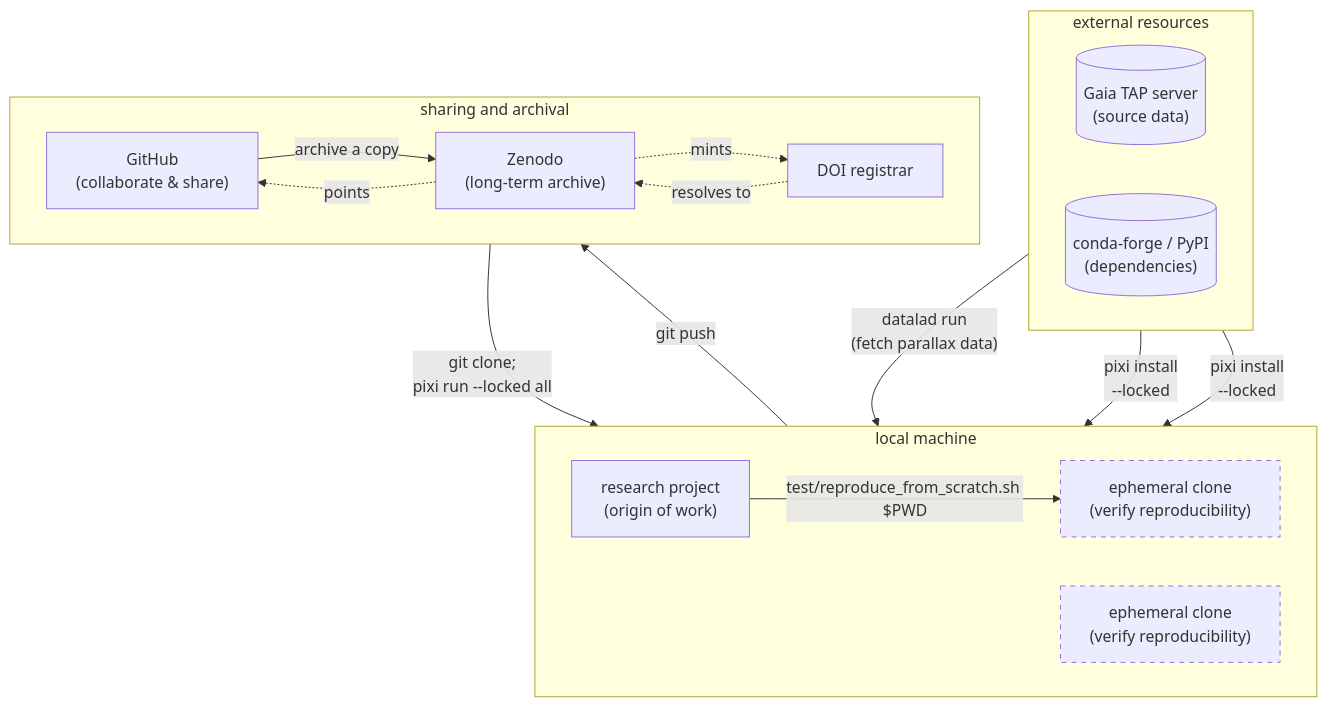
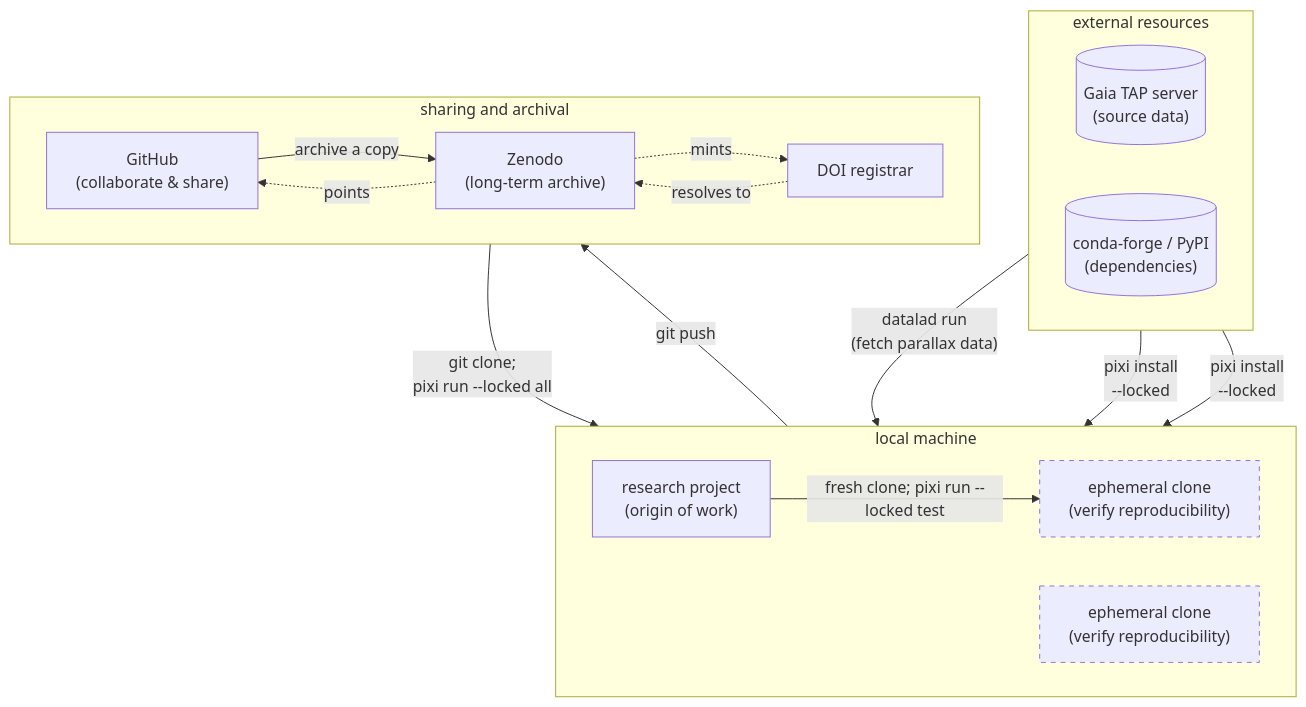
One commit to stamped-principles/stamped-examples changed the diagram in content/examples/pixi-stellar-distance-walkthrough.md. Above: the diagram before and after it, drawn with Mermaid. The commit also changed other lines of this file and 1 other file, not shown here.

First line of the commit message:
docs: simplify Pixi reproduction and explain practical tradeoffs

```diff
--- a/content/examples/pixi-stellar-distance-walkthrough.md
+++ b/content/examples/pixi-stellar-distance-walkthrough.md
@@ -857,32 +833,32 @@
 {{< mermaid >}}
 graph TD
     subgraph external resources
         direction LR
         TAP[("Gaia TAP server<br/>(source data)")]
         Packages[("conda-forge / PyPI<br/>(dependencies)")]
     end
     subgraph local machine
         direction LR
         P["research project<br/>(origin of work)"]
         E["ephemeral clone<br/>(verify reproducibility)"]
         style E stroke-dasharray: 5 5
         E2["ephemeral clone<br/>(verify reproducibility)"]
         style E2 stroke-dasharray: 5 5
-        P -- "test/reproduce_from_scratch.sh $PWD" --> E
+        P -- "fresh clone; pixi run --locked test" --> E
     end
     subgraph sharing and archival
         direction LR
         G["GitHub<br/>(collaborate & share)"]
         Z["Zenodo<br/>(long-term archive)"]
         D["DOI registrar"]
         G -- "archive a copy" --> Z
         Z -. "points" .-> G
         Z -. "mints" .-> D
     end
     TAP -- "datalad run<br/>(fetch parallax data)" --> P
     Packages -- "pixi install<br/>--locked" --> E
     Packages -- "pixi install<br/>--locked" --> E2
     P -- "git push" --> G
     D -. "resolves to" .-> Z
     G -- "git clone;<br/>pixi run --locked all" --> E2
 {{< /mermaid >}}
```
